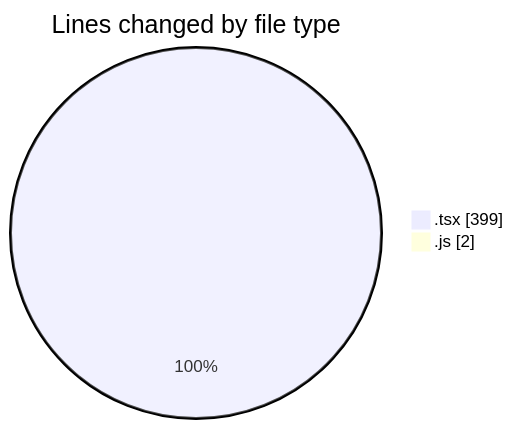
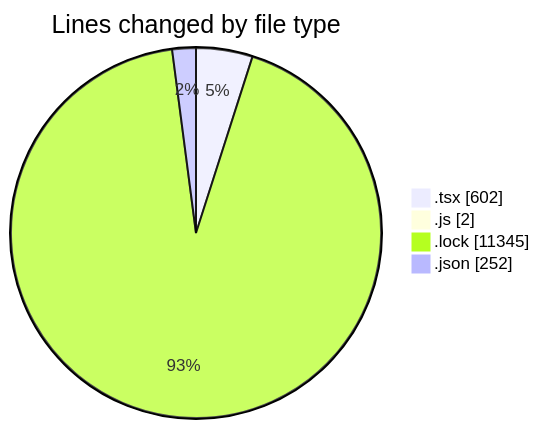
One commit to momahboobian/code-tracking changed the first of 2 diagrams in 2026-05-15/cda/README.md. Above: the diagram before and after it, drawn with Mermaid. The commit also changed other lines of this file and 1 other file, not shown here.

````diff
--- a/2026-05-15/cda/README.md
+++ b/2026-05-15/cda/README.md
@@ -24,6 +28,8 @@
 ```mermaid
 pie showData
 title Lines changed by file type
-".tsx" : 399
+".tsx" : 602
 ".js" : 2
+".lock" : 11345
+".json" : 252
 ```
````
